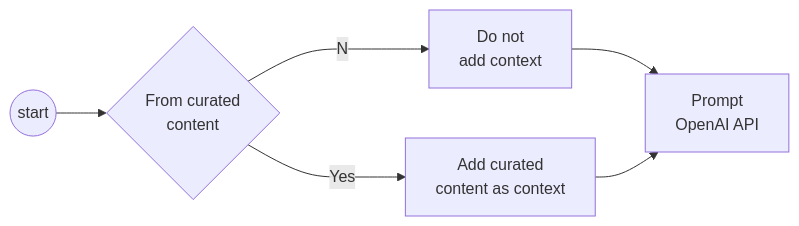
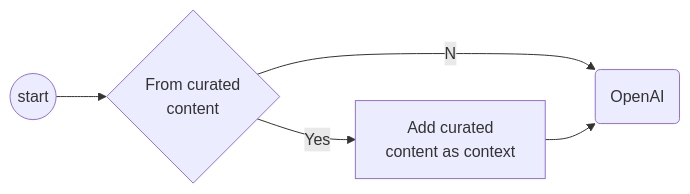
One commit to msalemor/llm-use-cases changed the second of 5 diagrams in README.md. Above: the diagram before and after it, drawn with Mermaid.

````diff
--- a/README.md
+++ b/README.md
@@ -38,8 +38,7 @@
 ```mermaid
 flowchart LR
   A((start))-->B{From curated<br/>content}  
-  B--No-->C[Do not<br/>add context]
-  B--Yes-->D[Add curated<br/>content as context]
-  C-->E[Prompt<br/>OpenAI API]
-  D-->E
+  B--No-->O(OpenAI)
+  B--Yes-->D[Add curated<br/>content as context]  
+  D-->O
 ```
````
